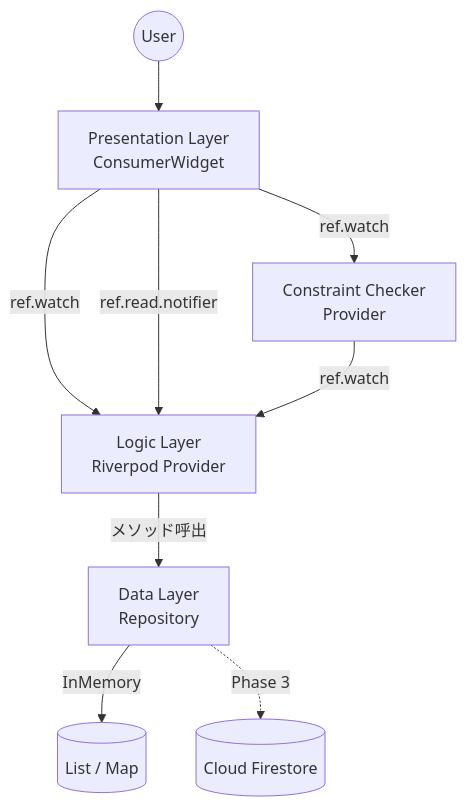
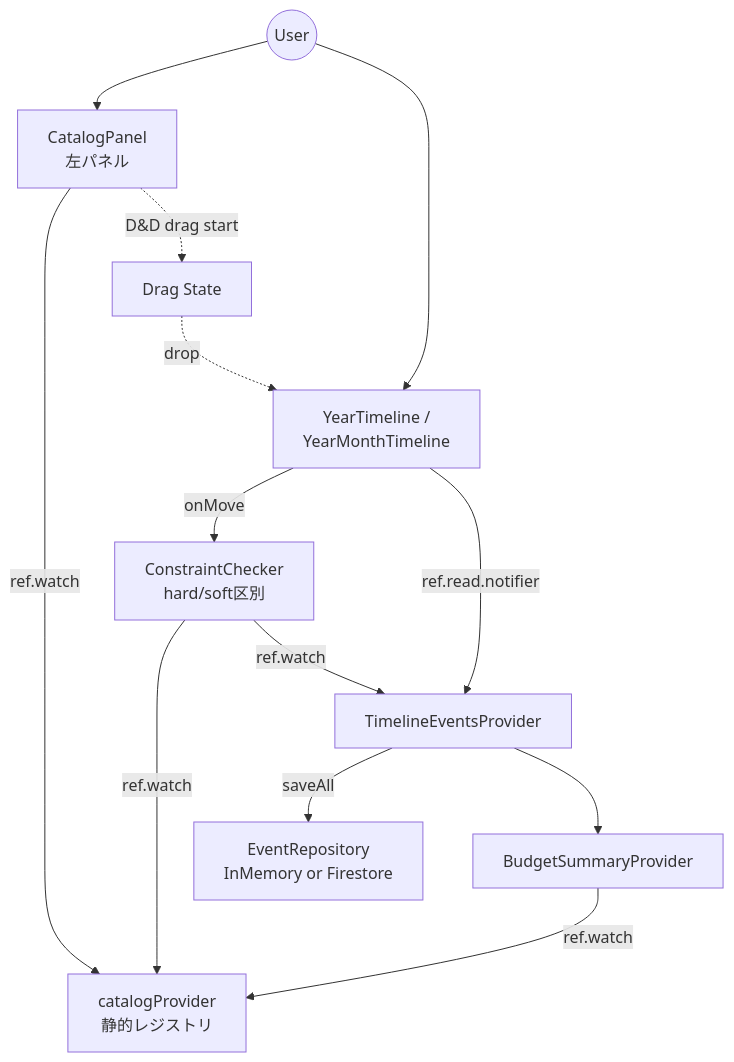
One commit to vdnih/life-compass-tokyo changed the first of 3 diagrams in docs/SOFTWARE_ARCHITECTURE.md. Above: the diagram before and after it, drawn with Mermaid. The commit also changed other lines of this file and 59 other files, not shown here.

````diff
--- a/docs/SOFTWARE_ARCHITECTURE.md
+++ b/docs/SOFTWARE_ARCHITECTURE.md
@@ -136,11 +203,15 @@
 ```mermaid
 graph TD
-    User((User)) --> UI[Presentation Layer<br>ConsumerWidget]
-    UI -->|ref.watch| Logic[Logic Layer<br>Riverpod Provider]
-    UI -->|ref.watch| Constraint[Constraint Checker<br>Provider]
-    UI -->|ref.read.notifier| Logic
-    Logic -->|メソッド呼出| Data[Data Layer<br>Repository]
-    Constraint -->|ref.watch| Logic
-    Data -->|InMemory| Memory[(List / Map)]
-    Data -.->|Phase 3| Firestore[(Cloud Firestore)]
+    User((User)) --> CatalogUI[CatalogPanel<br>左パネル]
+    User --> TimelineUI[YearTimeline /<br>YearMonthTimeline]
+    CatalogUI -->|ref.watch| Catalog[catalogProvider<br>静的レジストリ]
+    CatalogUI -.->|D&D drag start| DnD[Drag State]
+    DnD -.->|drop| TimelineUI
+    TimelineUI -->|onMove| Checker[ConstraintChecker<br>hard/soft区別]
+    Checker -->|ref.watch| Catalog
+    Checker -->|ref.watch| Logic[TimelineEventsProvider]
+    TimelineUI -->|ref.read.notifier| Logic
+    Logic -->|saveAll| Repo[EventRepository<br>InMemory or Firestore]
+    Logic --> Budget[BudgetSummaryProvider]
+    Budget -->|ref.watch| Catalog
 ```
````
